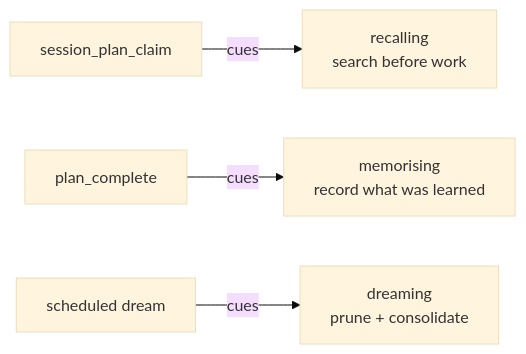
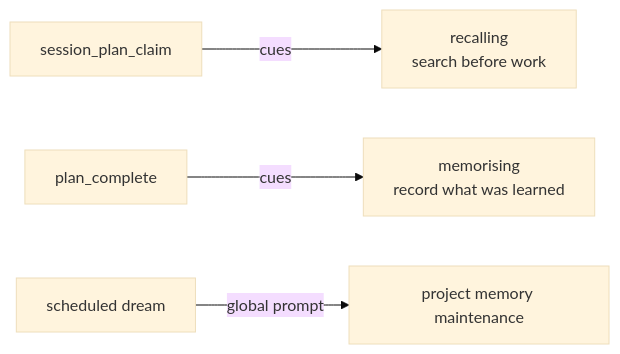
One commit to PetePeter/helm changed the fifth of 5 diagrams in docs/memory.md. Above: the diagram before and after it, drawn with Mermaid (base theme). The commit also changed other lines of this file and 38 other files, not shown here.

First line of the commit message:
feat(dreaming,auto-memory): Settings → Dreaming page; learnt items grouped per item

````diff
--- a/docs/memory.md
+++ b/docs/memory.md
@@ -141,6 +141,6 @@
 ```mermaid
 graph LR
     C[session_plan_claim] -->|cues| R[recalling<br/>search before work]
     P[plan_complete] -->|cues| M[memorising<br/>record what was learned]
-    S[scheduled dream] -->|cues| D[dreaming<br/>prune + consolidate]
+    S[scheduled dream] -->|global prompt| D[project memory maintenance]
 ```
````
